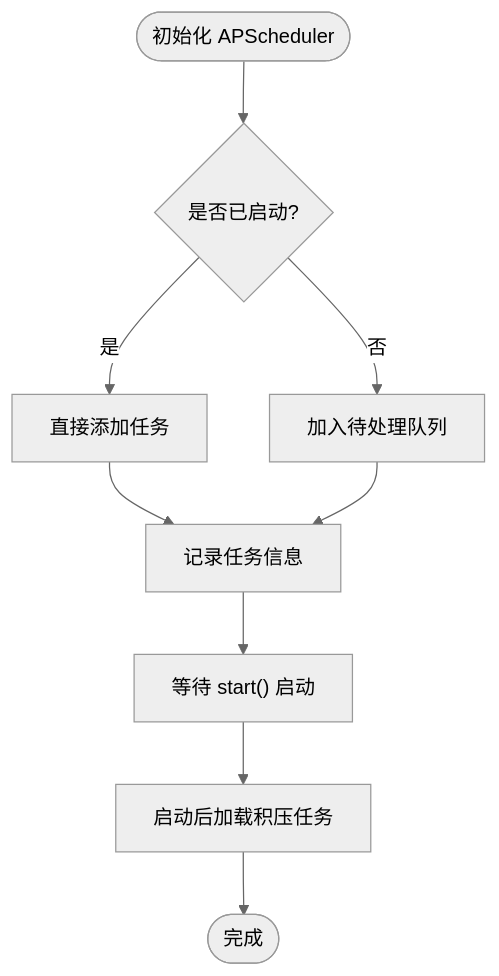
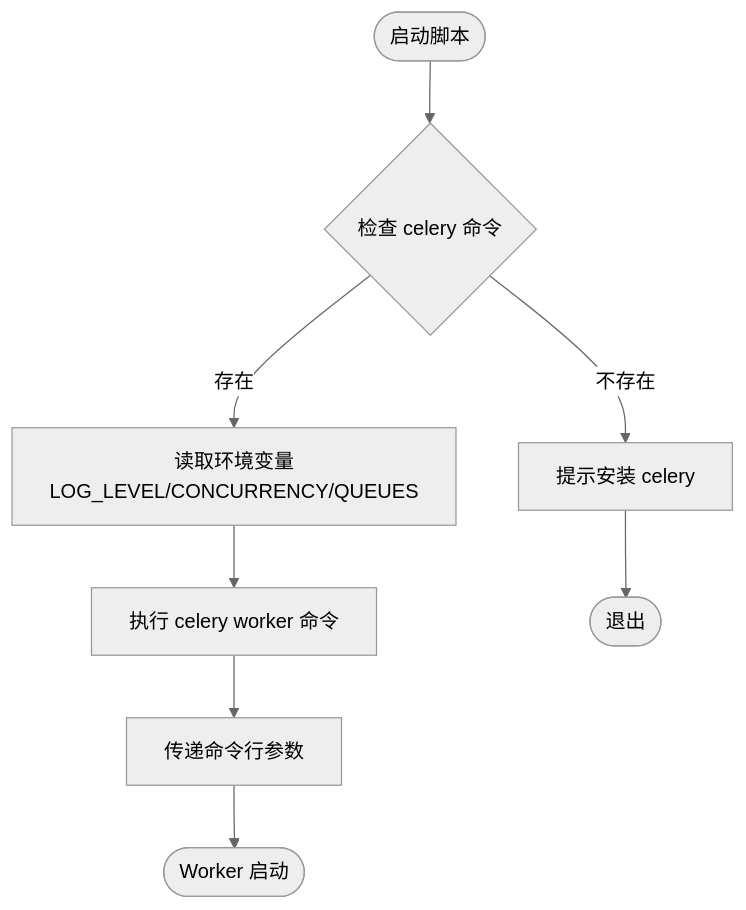
One commit to lilinzezzzzzz/fastapi-backend changed the sixth of 8 diagrams in .qoder/repowiki/zh/content/任务调度系统/任务调度系统.md. Above: the diagram before and after it, drawn with Mermaid (neutral theme). The commit also changed other lines of this file and 42 other files, not shown here.

````diff
--- a/.qoder/repowiki/zh/content/任务调度系统/任务调度系统.md
+++ b/.qoder/repowiki/zh/content/任务调度系统/任务调度系统.md
@@ -184,11 +282,10 @@
 ```mermaid
 flowchart TD
-Start(["初始化 APScheduler"]) --> CheckStarted{"是否已启动?"}
-CheckStarted --> |否| Pending["加入待处理队列"]
-CheckStarted --> |是| AddJob["直接添加任务"]
-AddJob --> Log["记录任务信息"]
-Pending --> Log
-Log --> WaitStart["等待 start() 启动"]
-WaitStart --> LoadPending["启动后加载积压任务"]
-LoadPending --> Done(["完成"])
+Start(["启动脚本"]) --> EnvCheck{"检查 celery 命令"}
+EnvCheck --> |存在| Config["读取环境变量<br/>LOG_LEVEL/CONCURRENCY/QUEUES"]
+EnvCheck --> |不存在| Install["提示安装 celery"]
+Config --> Exec["执行 celery worker 命令"]
+Exec --> Args["传递命令行参数"]
+Args --> Done(["Worker 启动"])
+Install --> Exit(["退出"])
 ```
````
